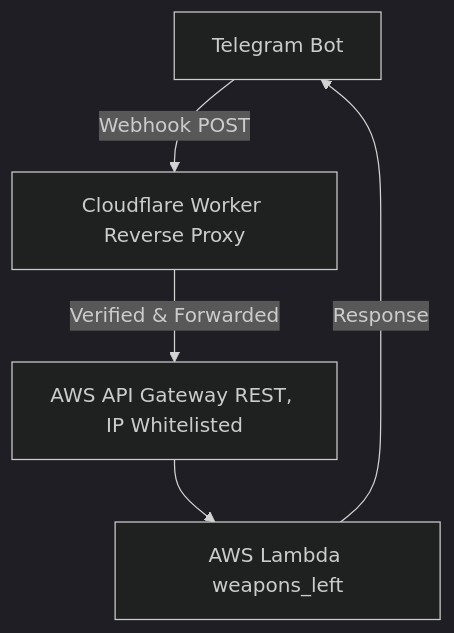
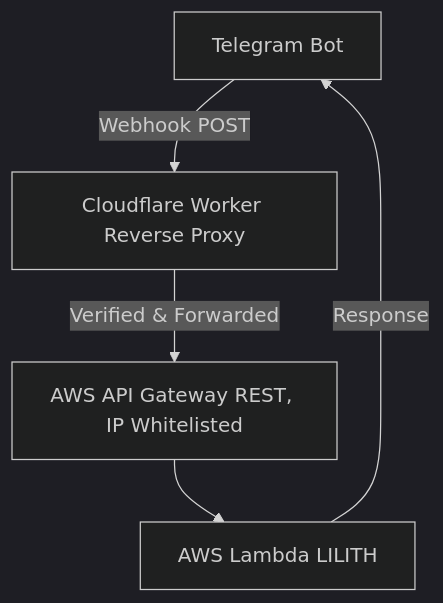
The second of 2 diagrams in README.md (haojunsng/sh-vegapunk), drawn with Mermaid (dark theme) before and after one commit. The commit also changed other lines of this file and 1 other file, not shown here.

````diff
--- a/README.md
+++ b/README.md
@@ -44,7 +44,7 @@
 ```mermaid
 graph TD
     TG[Telegram Bot] -->|Webhook POST| CF[Cloudflare Worker Reverse Proxy]
     CF -->|Verified & Forwarded| API[AWS API Gateway REST, IP Whitelisted]
-    API --> LAMBDA[AWS Lambda weapons_left]
+    API --> LAMBDA[AWS Lambda LILITH]
     LAMBDA -->|Response| TG
 ```
````
